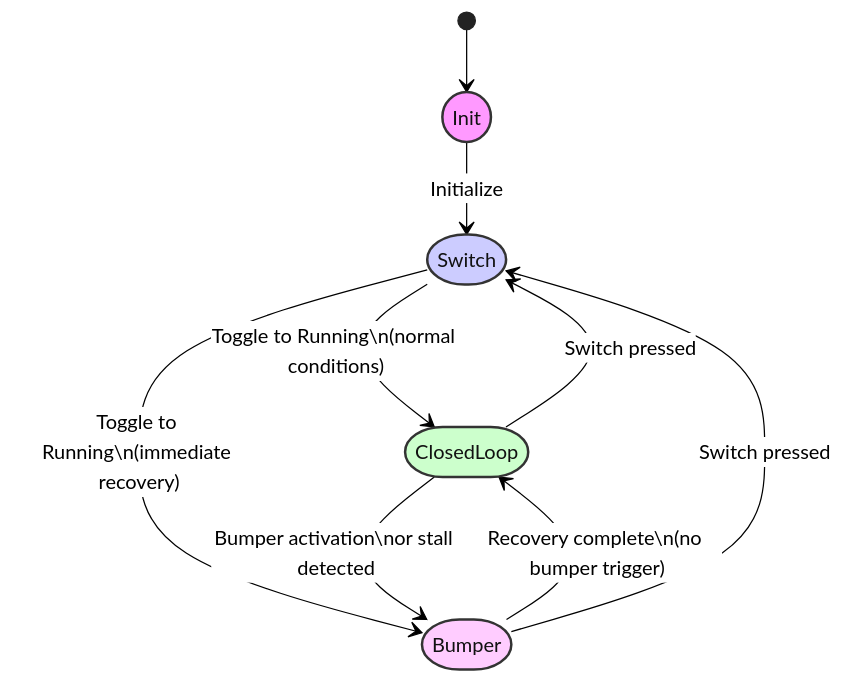
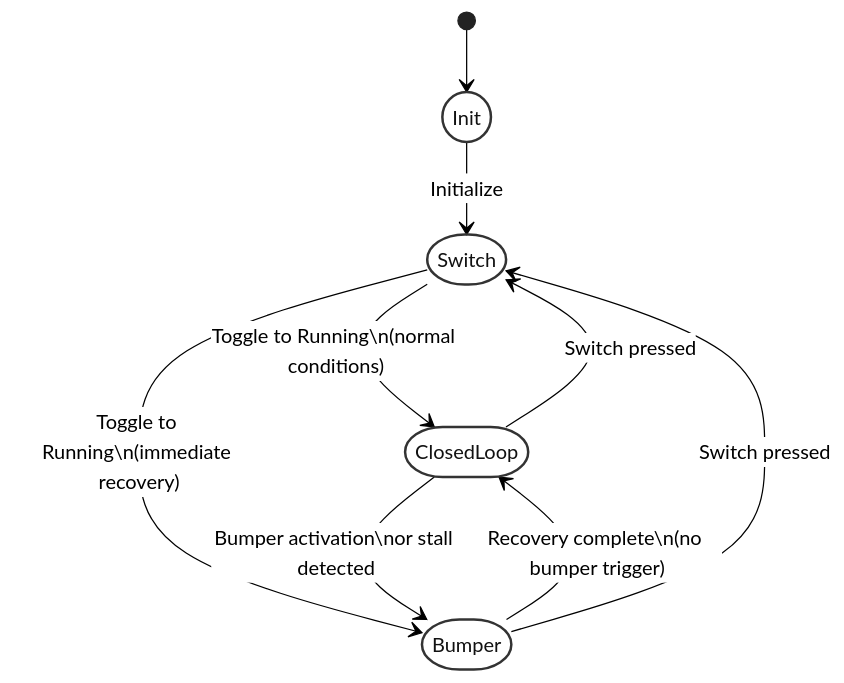
Before and after one commit to Lukas9293/ME405TermProject: the second of 2 diagrams in README.md, drawn with Mermaid (neutral theme).

````diff
--- a/README.md
+++ b/README.md
@@ -401,18 +401,18 @@
 ```mermaid
 stateDiagram-v2
     [*] --> Init
     Init --> Switch : Initialize
     Switch --> ClosedLoop : Toggle to Running\n(normal conditions)
     Switch --> Bumper : Toggle to Running\n(immediate recovery)
     ClosedLoop --> Bumper : Bumper activation\nor stall detected
     ClosedLoop --> Switch : Switch pressed
     Bumper --> ClosedLoop : Recovery complete\n(no bumper trigger)
     Bumper --> Switch : Switch pressed
 
-    %% Apply style to make states elliptical (adjust rx and ry values for curvature)
-    style Init fill:#f9f,stroke:#333,stroke-width:2px,rx:30,ry:30
-    style Switch fill:#ccf,stroke:#333,stroke-width:2px,rx:30,ry:30
-    style ClosedLoop fill:#cfc,stroke:#333,stroke-width:2px,rx:30,ry:30
-    style Bumper fill:#fcf,stroke:#333,stroke-width:2px,rx:30,ry:30
+    %% Elliptical styling with no background color
+    style Init fill:none,stroke:#333,stroke-width:2px,rx:30,ry:30
+    style Switch fill:none,stroke:#333,stroke-width:2px,rx:30,ry:30
+    style ClosedLoop fill:none,stroke:#333,stroke-width:2px,rx:30,ry:30
+    style Bumper fill:none,stroke:#333,stroke-width:2px,rx:30,ry:30
 
 ```
````
